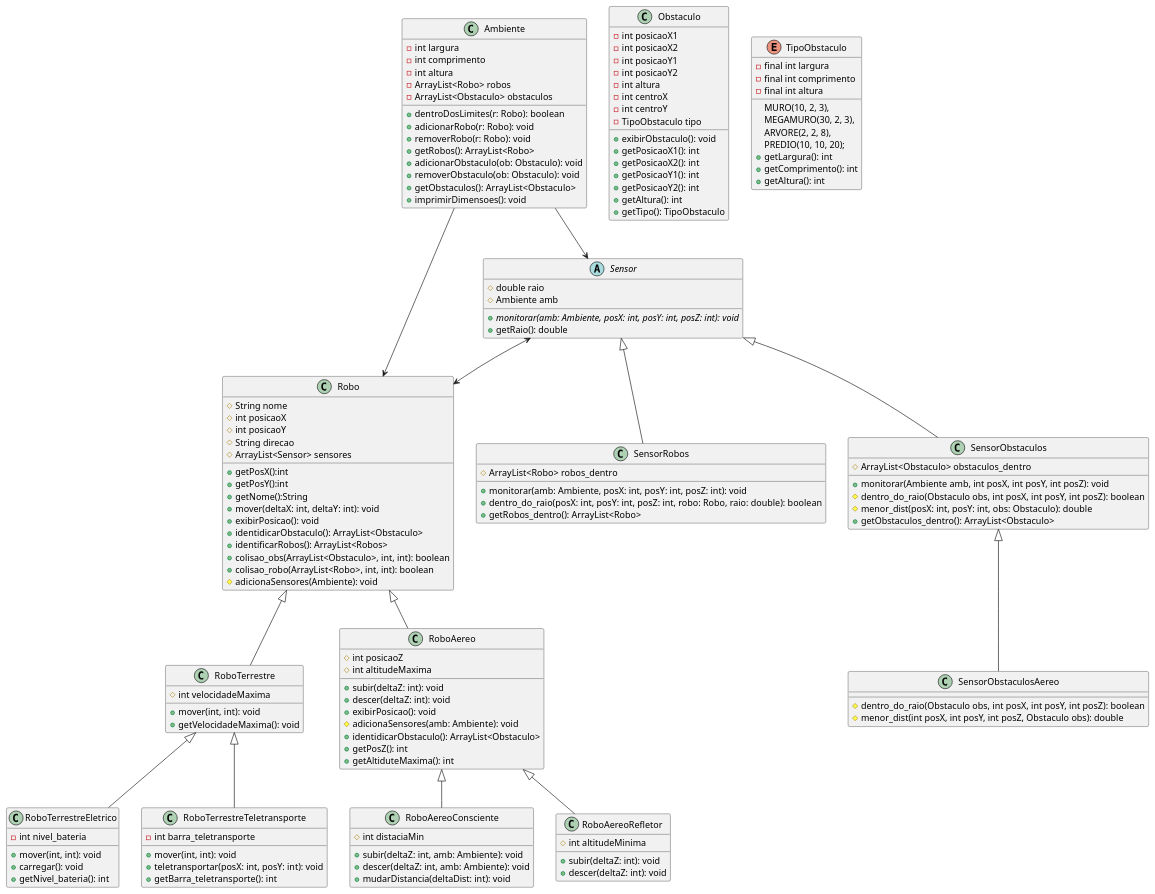
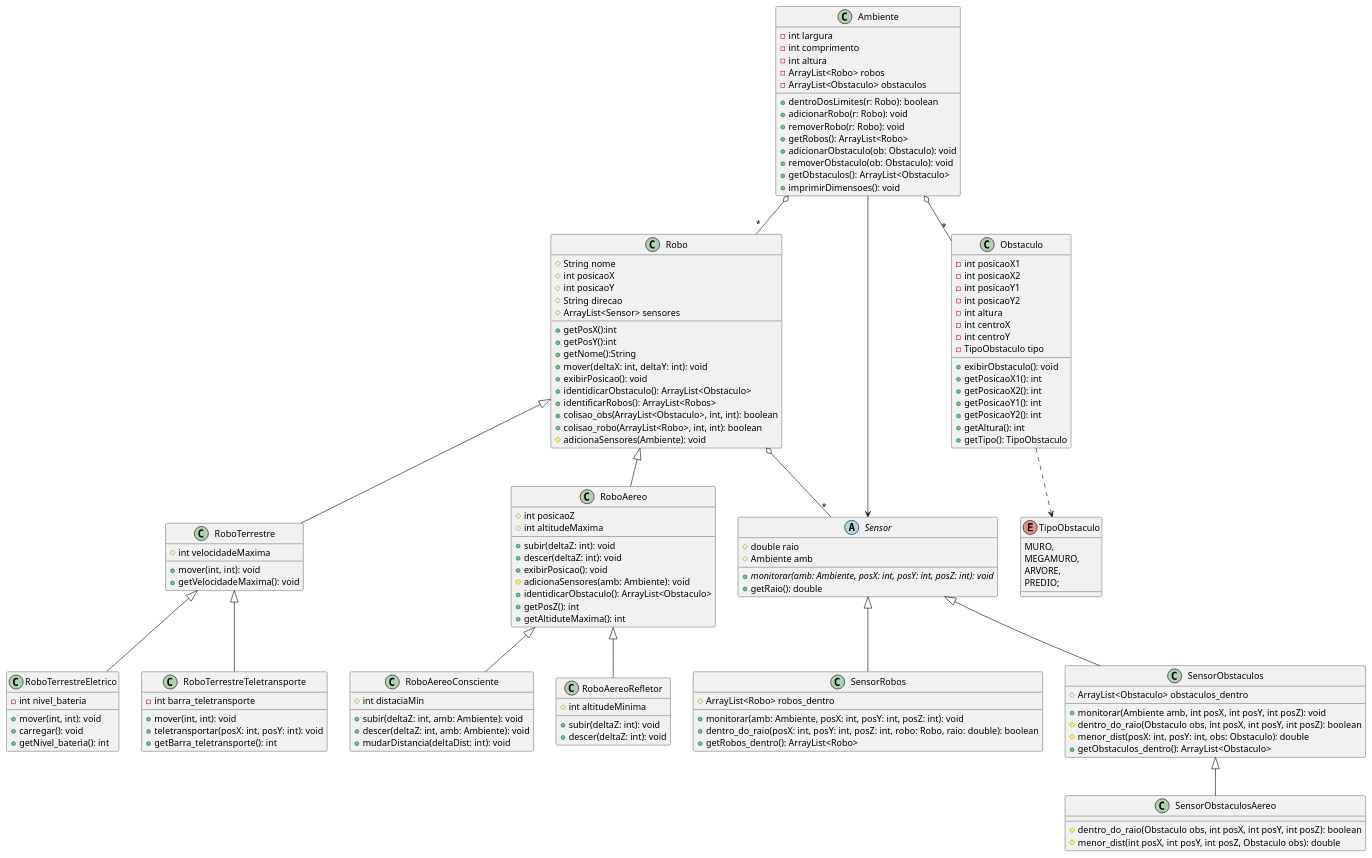
Before and after one commit to MSCII7/MC322: the diagram in teste.puml, drawn with PlantUML. The commit also changed 2 other files, not shown here.

```diff
--- a/teste.puml
+++ b/teste.puml
@@ -1,139 +1,135 @@
 @startuml
 class Robo {
   #String nome
   #int posicaoX
   #int posicaoY
   #String direcao
   #ArrayList<Sensor> sensores
   +getPosX():int
   +getPosY():int
   +getNome():String
   +mover(deltaX: int, deltaY: int): void
   +exibirPosicao(): void
   +identidicarObstaculo(): ArrayList<Obstaculo>  
   +identificarRobos(): ArrayList<Robos>
   +colisao_obs(ArrayList<Obstaculo>, int, int): boolean
   +colisao_robo(ArrayList<Robo>, int, int): boolean
   #adicionaSensores(Ambiente): void
 
 }
 class RoboTerrestre {
     #int velocidadeMaxima
     +mover(int, int): void
     +getVelocidadeMaxima(): void
 }
 class RoboTerrestreEletrico {
     -int nivel_bateria
     +mover(int, int): void
     +carregar(): void
     +getNivel_bateria(): int
 }
 class RoboTerrestreTeletransporte {
     -int barra_teletransporte
     +mover(int, int): void
     +teletransportar(posX: int, posY: int): void
     +getBarra_teletransporte(): int
 }
 class RoboAereo {
     #int posicaoZ
     #int altitudeMaxima
     +subir(deltaZ: int): void
     +descer(deltaZ: int): void
     +exibirPosicao(): void
     #adicionaSensores(amb: Ambiente): void
     +identidicarObstaculo(): ArrayList<Obstaculo>
     +getPosZ(): int
     +getAltiduteMaxima(): int
 }
 class RoboAereoConsciente {
     #int distaciaMin
     +subir(deltaZ: int, amb: Ambiente): void
     +descer(deltaZ: int, amb: Ambiente): void
     +mudarDistancia(deltaDist: int): void
 }
 class RoboAereoRefletor {
     #int altitudeMinima
     +subir(deltaZ: int): void
     +descer(deltaZ: int): void
 }
 abstract class Sensor {
     #double raio
     #Ambiente amb
     +{abstract} monitorar(amb: Ambiente, posX: int, posY: int, posZ: int): void
     +getRaio(): double
 }
 class SensorRobos {
     #ArrayList<Robo> robos_dentro
     +monitorar(amb: Ambiente, posX: int, posY: int, posZ: int): void
     +dentro_do_raio(posX: int, posY: int, posZ: int, robo: Robo, raio: double): boolean
     +getRobos_dentro(): ArrayList<Robo>
 }
 class SensorObstaculos {
     #ArrayList<Obstaculo> obstaculos_dentro
     +monitorar(Ambiente amb, int posX, int posY, int posZ): void
     #dentro_do_raio(Obstaculo obs, int posX, int posY, int posZ): boolean
     #menor_dist(posX: int, posY: int, obs: Obstaculo): double
     +getObstaculos_dentro(): ArrayList<Obstaculo>
 }
 class SensorObstaculosAereo {
     #dentro_do_raio(Obstaculo obs, int posX, int posY, int posZ): boolean
     #menor_dist(int posX, int posY, int posZ, Obstaculo obs): double
 }
 class Ambiente {
    -int largura
    -int comprimento
    -int altura
    -ArrayList<Robo> robos
    -ArrayList<Obstaculo> obstaculos
    +dentroDosLimites(r: Robo): boolean 
    +adicionarRobo(r: Robo): void
    +removerRobo(r: Robo): void
    +getRobos(): ArrayList<Robo>
    +adicionarObstaculo(ob: Obstaculo): void
    +removerObstaculo(ob: Obstaculo): void
    +getObstaculos(): ArrayList<Obstaculo>
    +imprimirDimensoes(): void
 }
 class Obstaculo {
     -int posicaoX1
     -int posicaoX2
     -int posicaoY1
     -int posicaoY2
     -int altura
     -int centroX
     -int centroY 
     -TipoObstaculo tipo
     +exibirObstaculo(): void
     +getPosicaoX1(): int
     +getPosicaoX2(): int
     +getPosicaoY1(): int
     +getPosicaoY2(): int
     +getAltura(): int
     +getTipo(): TipoObstaculo
 }
 enum TipoObstaculo {
-    MURO(10, 2, 3),
-    MEGAMURO(30, 2, 3),
-    ARVORE(2, 2, 8),
-    PREDIO(10, 10, 20);
-    -final int largura
-    -final int comprimento
-    -final int altura
-    +getLargura(): int
-    +getComprimento(): int
-    +getAltura(): int
+    MURO,
+    MEGAMURO,
+    ARVORE,
+    PREDIO;
 }
 
 SensorObstaculos <|-- SensorObstaculosAereo
 Sensor <|-- SensorObstaculos
 Sensor <|-- SensorRobos
 Ambiente --> Sensor
-Ambiente --> Robo
-Sensor <--> Robo
+Ambiente o-- "*" Robo
+Ambiente o-- "*" Obstaculo
+Robo o-- "*" Sensor
 RoboAereo <|-- RoboAereoRefletor
 RoboAereo <|-- RoboAereoConsciente
 RoboTerrestre <|-- RoboTerrestreTeletransporte
 RoboTerrestre <|-- RoboTerrestreEletrico
 Robo <|-- RoboAereo
 Robo <|-- RoboTerrestre
+Obstaculo ..> TipoObstaculo
 @enduml
```
